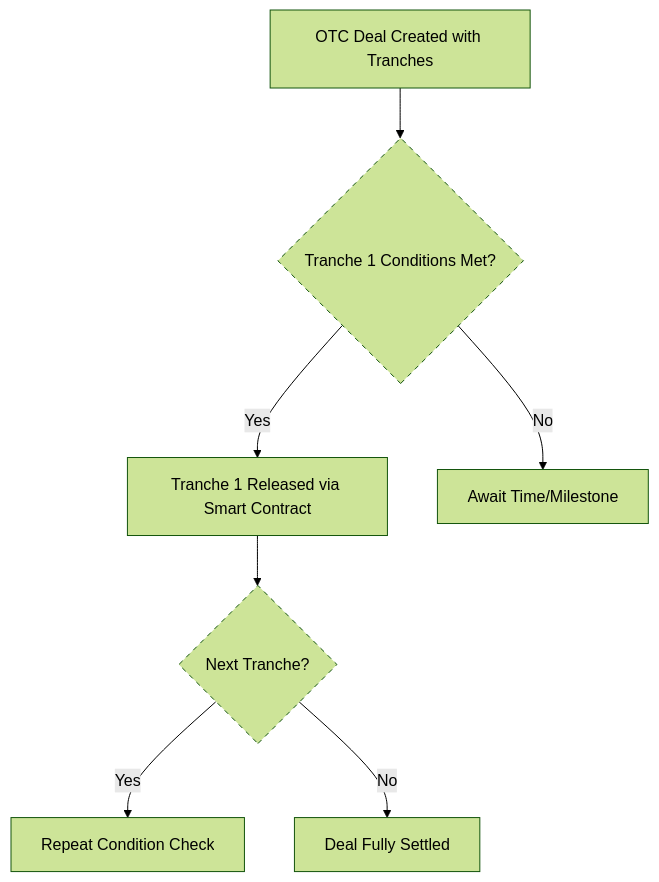
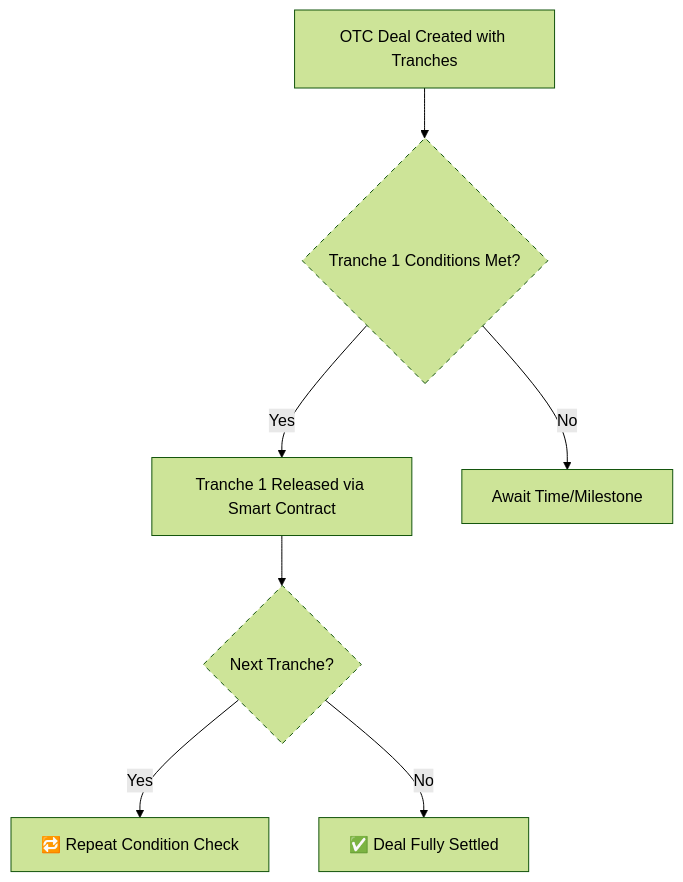
One commit to nexotc/nexotc-docs changed the diagram in docs/modules/tranche-and-milestone-settlement.md. Above: the diagram before and after it, drawn with Mermaid (forest theme). The commit also changed other lines of this file and 10 other files, not shown here.

````diff
--- a/docs/modules/tranche-and-milestone-settlement.md
+++ b/docs/modules/tranche-and-milestone-settlement.md
@@ -20,12 +20,12 @@
 ```mermaid
 flowchart TD
   A[OTC Deal Created with Tranches] --> B{Tranche 1 Conditions Met?}
   B -- Yes --> C[Tranche 1 Released via Smart Contract]
   B -- No --> D[Await Time/Milestone]
   C --> E{Next Tranche?}
-  E -- Yes --> F[Repeat Condition Check]
-  E -- No --> G[Deal Fully Settled]
+  E -- Yes --> F[🔁 Repeat Condition Check]
+  E -- No --> G[✅ Deal Fully Settled]
 
   style B stroke-dasharray: 5 5
   style E stroke-dasharray: 5 5
 ```
````
